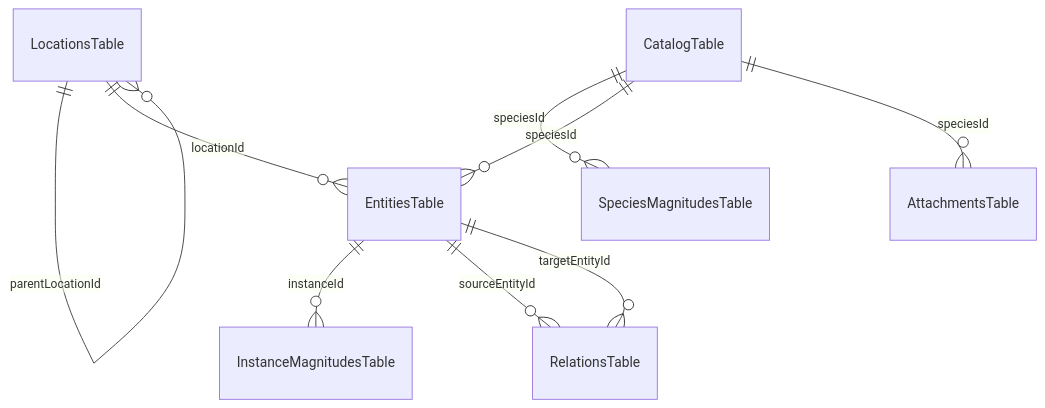
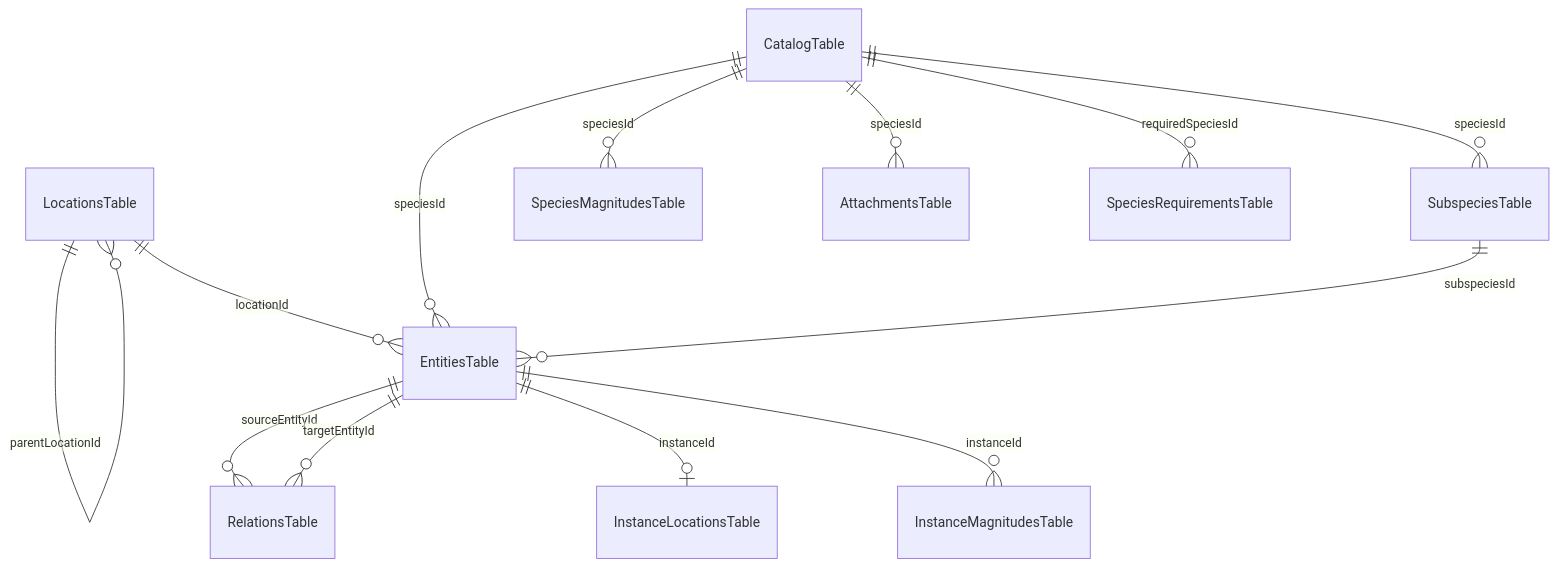
The diagram in docs/data_model.md (HakkinDavid/PWMS), drawn with Mermaid before and after one commit. The commit also changed other lines of this file and 10 other files, not shown here.

````diff
--- a/docs/data_model.md
+++ b/docs/data_model.md
@@ -18,11 +19,15 @@
 ```mermaid
 erDiagram
     LocationsTable ||--o{ LocationsTable : "parentLocationId"
     LocationsTable ||--o{ EntitiesTable : "locationId"
+    CatalogTable ||--o{ SubspeciesTable : "speciesId"
     CatalogTable ||--o{ SpeciesMagnitudesTable : "speciesId"
     CatalogTable ||--o{ EntitiesTable : "speciesId"
     CatalogTable ||--o{ AttachmentsTable : "speciesId"
+    CatalogTable ||--o{ SpeciesRequirementsTable : "requiredSpeciesId"
+    SubspeciesTable ||--o{ EntitiesTable : "subspeciesId"
     EntitiesTable ||--o{ InstanceMagnitudesTable : "instanceId"
+    EntitiesTable ||--o| InstanceLocationsTable : "instanceId"
     EntitiesTable ||--o{ RelationsTable : "sourceEntityId"
     EntitiesTable ||--o{ RelationsTable : "targetEntityId"
 ```
````
